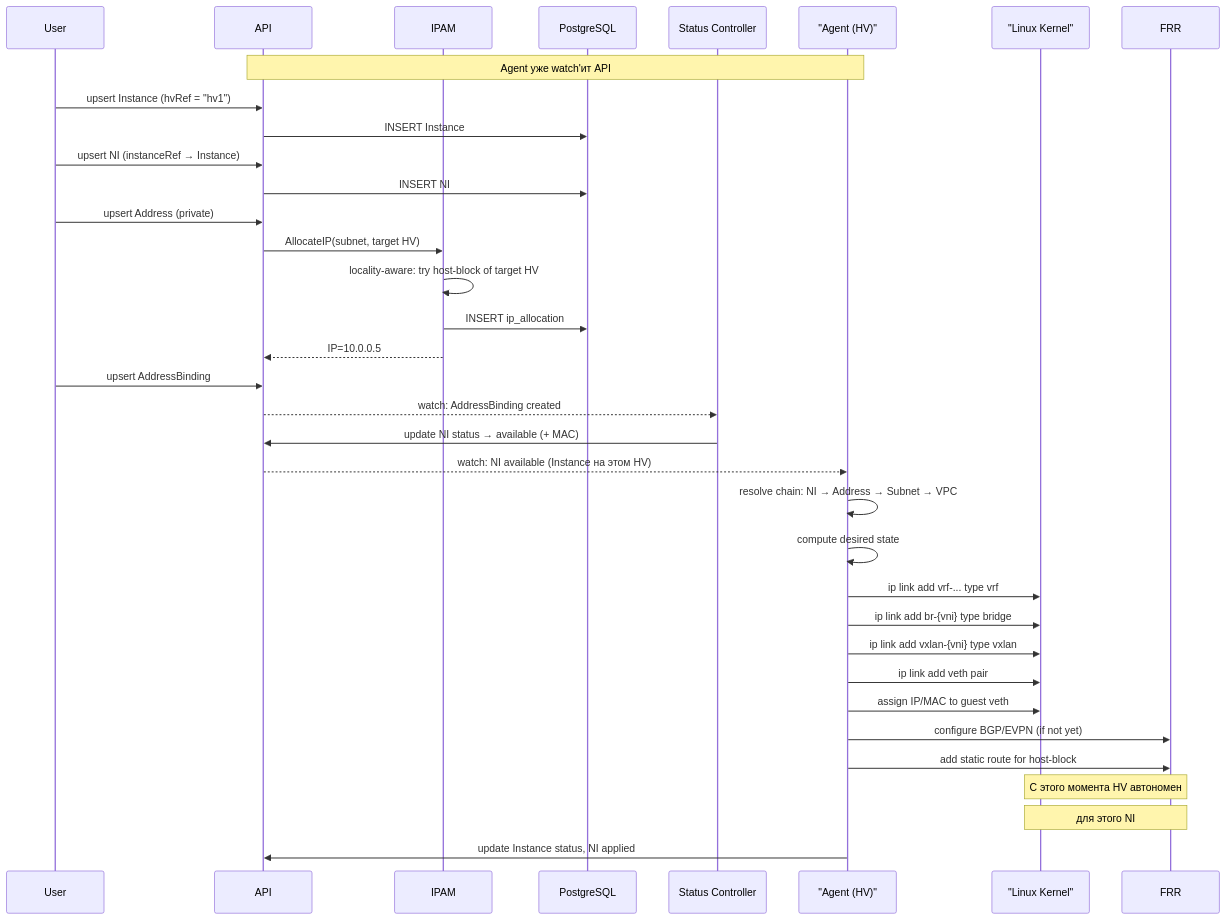
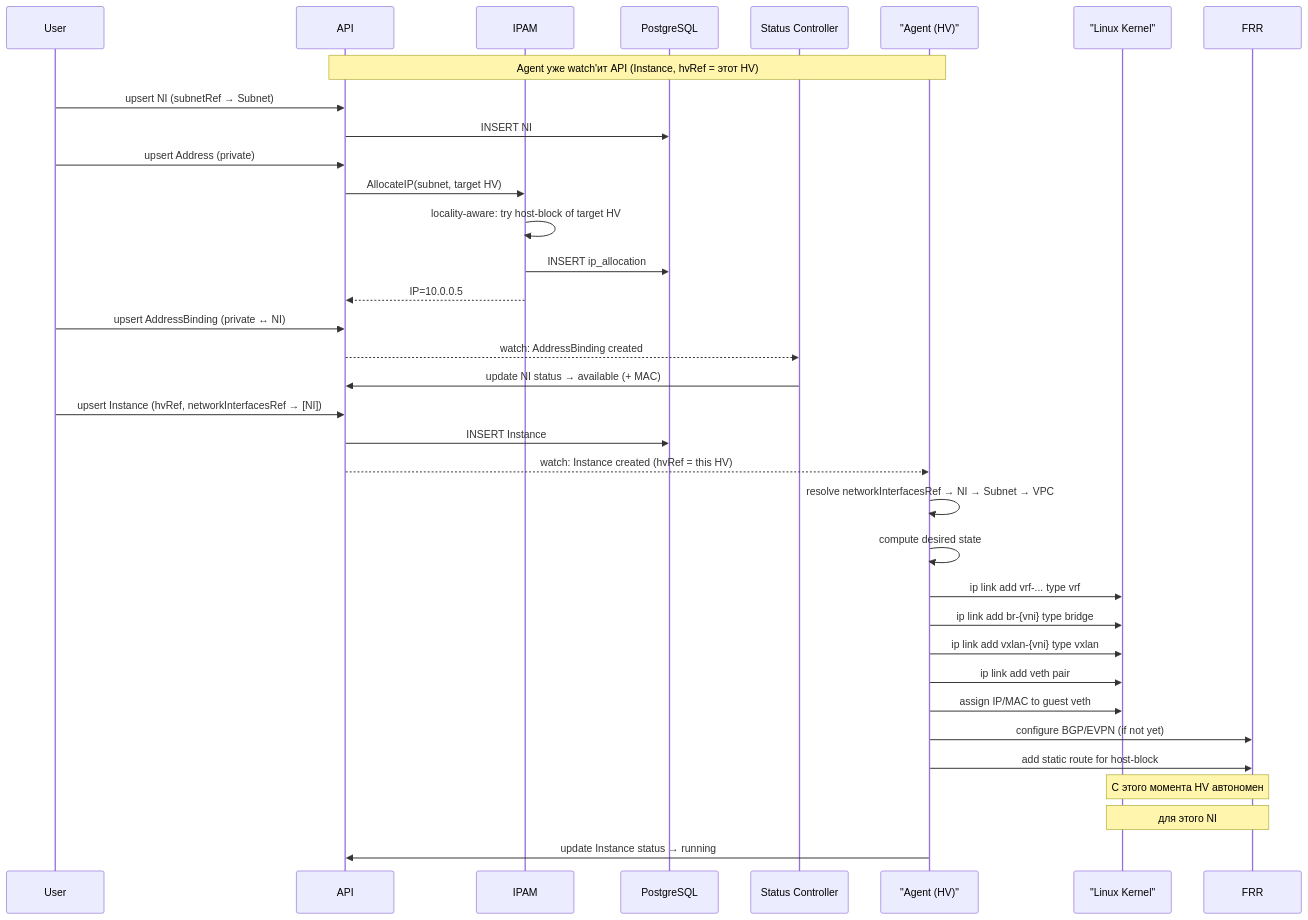
The seventh of 8 diagrams in ARCHITECTURE.md (PRO-Robotech/in-cloud-vpc), drawn with Mermaid before and after one commit. The commit also changed other lines of this file and 52 other files, not shown here.

````diff
--- a/ARCHITECTURE.md
+++ b/ARCHITECTURE.md
@@ -664,43 +665,43 @@
 ```mermaid
 sequenceDiagram
     participant User
     participant API
     participant IPAM
     participant DB as PostgreSQL
     participant StatusCtrl as Status Controller
     participant Agent as "Agent (HV)"
     participant Kernel as "Linux Kernel"
     participant FRR
 
-    Note over Agent,API: Agent уже watch'ит API
+    Note over Agent,API: Agent уже watch'ит API (Instance, hvRef = этот HV)
 
-    User->>API: upsert Instance (hvRef = "hv1")
-    API->>DB: INSERT Instance
-    User->>API: upsert NI (instanceRef → Instance)
+    User->>API: upsert NI (subnetRef → Subnet)
     API->>DB: INSERT NI
     User->>API: upsert Address (private)
     API->>IPAM: AllocateIP(subnet, target HV)
     IPAM->>IPAM: locality-aware: try host-block of target HV
     IPAM->>DB: INSERT ip_allocation
     IPAM-->>API: IP=10.0.0.5
-    User->>API: upsert AddressBinding
+    User->>API: upsert AddressBinding (private ↔ NI)
     API-->>StatusCtrl: watch: AddressBinding created
     StatusCtrl->>API: update NI status → available (+ MAC)
 
-    API-->>Agent: watch: NI available (Instance на этом HV)
-    Agent->>Agent: resolve chain: NI → Address → Subnet → VPC
+    User->>API: upsert Instance (hvRef, networkInterfacesRef → [NI])
+    API->>DB: INSERT Instance
+    API-->>Agent: watch: Instance created (hvRef = this HV)
+    Agent->>Agent: resolve networkInterfacesRef → NI → Subnet → VPC
     Agent->>Agent: compute desired state
 
     Agent->>Kernel: ip link add vrf-... type vrf
     Agent->>Kernel: ip link add br-{vni} type bridge
     Agent->>Kernel: ip link add vxlan-{vni} type vxlan
     Agent->>Kernel: ip link add veth pair
     Agent->>Kernel: assign IP/MAC to guest veth
     Agent->>FRR: configure BGP/EVPN (if not yet)
     Agent->>FRR: add static route for host-block
 
     Note over Kernel,FRR: С этого момента HV автономен
     Note over Kernel,FRR: для этого NI
 
-    Agent->>API: update Instance status, NI applied
+    Agent->>API: update Instance status → running
 ```
````
